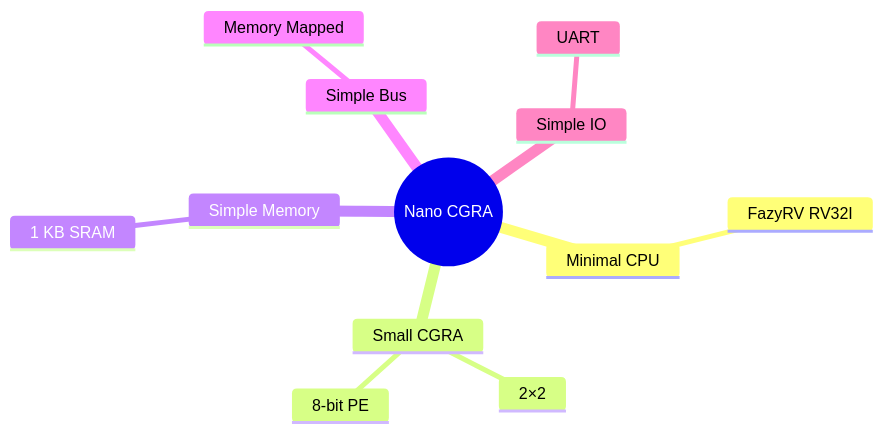
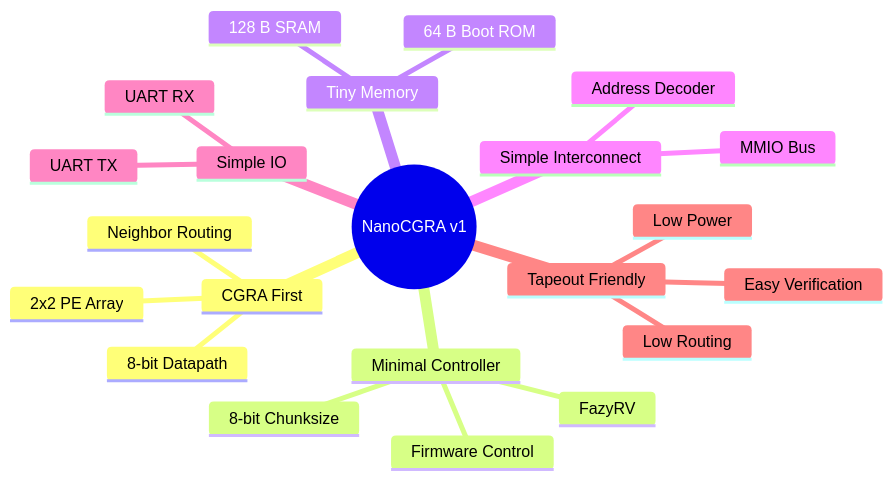
One commit to radhian/Chip-Orchestra changed the fifth of 6 diagrams in output/NanoCGRA-SoC/README.md. Above: the diagram before and after it, drawn with Mermaid. The commit also changed other lines of this file and 156 other files, not shown here.

````diff
--- a/output/NanoCGRA-SoC/README.md
+++ b/output/NanoCGRA-SoC/README.md
@@ -278,15 +146,30 @@
 ```mermaid
 mindmap
-  root((Nano CGRA))
-    Minimal CPU
-      FazyRV RV32I
-    Small CGRA
-      2×2
-      8-bit PE
-    Simple Memory
-      1 KB SRAM
-    Simple Bus
-      Memory Mapped
+  root((NanoCGRA v1))
+    CGRA First
+      2x2 PE Array
+      8-bit Datapath
+      Neighbor Routing
+
+    Minimal Controller
+      FazyRV
+      8-bit Chunksize
+      Firmware Control
+
+    Tiny Memory
+      128 B SRAM
+      64 B Boot ROM
+
+    Simple Interconnect
+      MMIO Bus
+      Address Decoder
+
     Simple IO
-      UART
+      UART TX
+      UART RX
+
+    Tapeout Friendly
+      Low Routing
+      Low Power
+      Easy Verification
 ```
````
